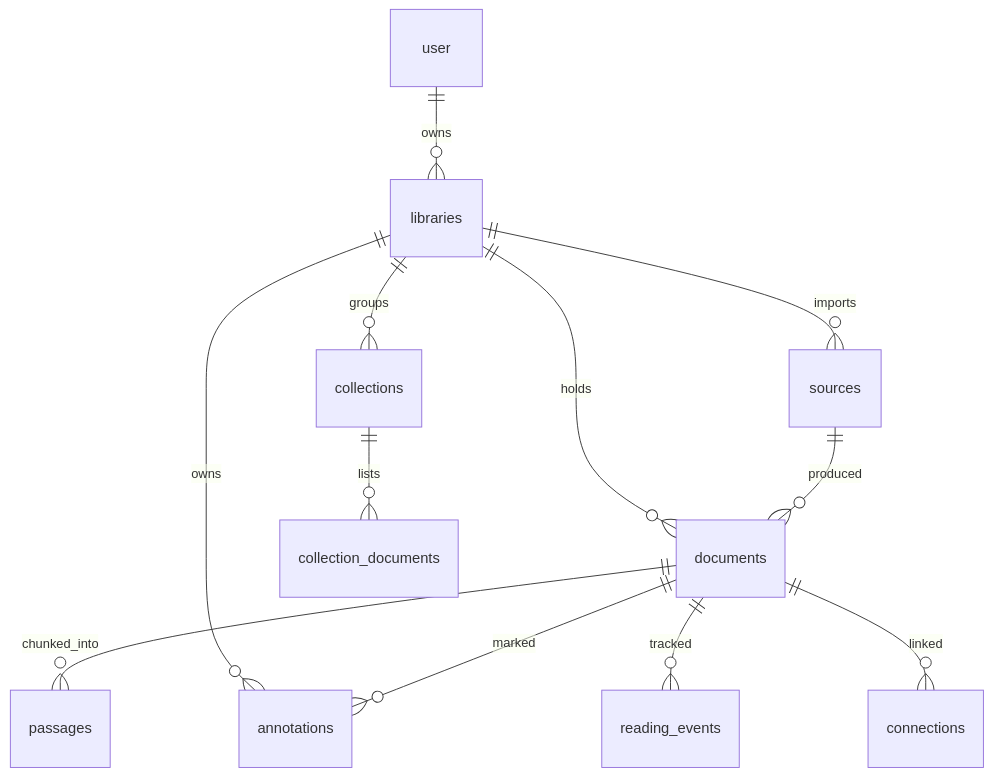
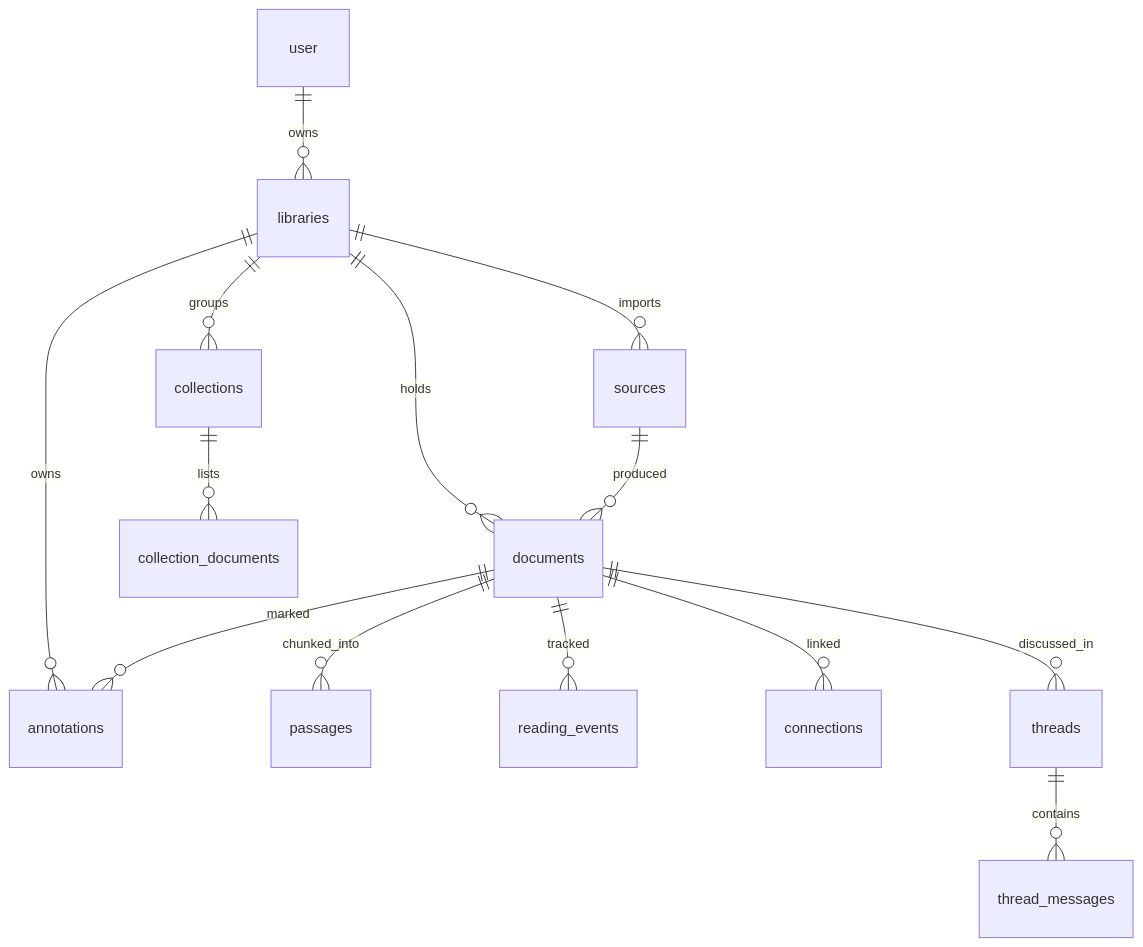
One commit to SouravInsights/curio changed the fourth of 5 diagrams in ARCHITECTURE.md. Above: the diagram before and after it, drawn with Mermaid. The commit also changed 14 other files, not shown here.

````diff
--- a/ARCHITECTURE.md
+++ b/ARCHITECTURE.md
@@ -184,14 +184,16 @@
 ```mermaid
 erDiagram
     user ||--o{ libraries : owns
     libraries ||--o{ sources : imports
     libraries ||--o{ documents : holds
     libraries ||--o{ annotations : owns
     libraries ||--o{ collections : groups
     sources ||--o{ documents : produced
     documents ||--o{ passages : chunked_into
     documents ||--o{ annotations : marked
     documents ||--o{ reading_events : tracked
     documents ||--o{ connections : linked
+    documents ||--o{ threads : discussed_in
+    threads ||--o{ thread_messages : contains
     collections ||--o{ collection_documents : lists
 ```
````
